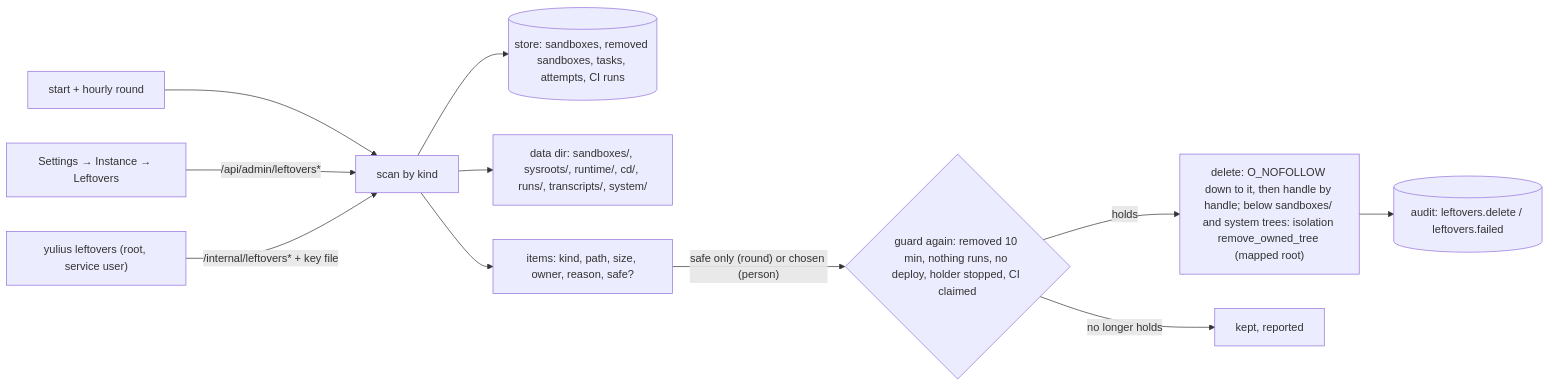
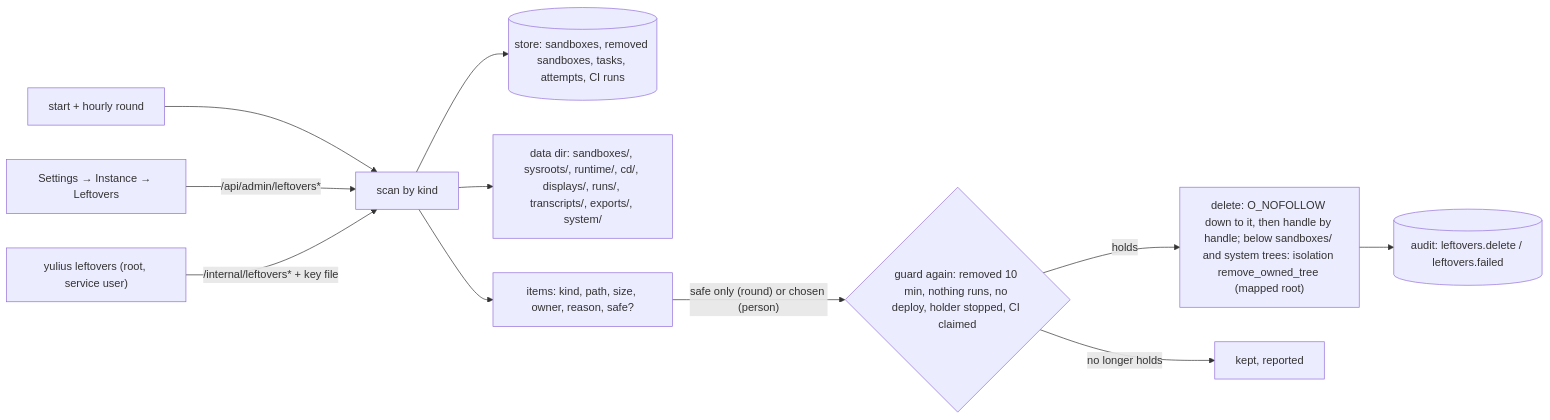
Diagram 12 of 54 in docs/architecture.md (Quartio-Studio/yulius), drawn with Mermaid before and after one commit. The commit also changed other lines of this file and 12 other files, not shown here.

````diff
--- a/docs/architecture.md
+++ b/docs/architecture.md
@@ -383,13 +382,13 @@
 ```mermaid
 flowchart LR
   T["start + hourly round"] --> SC["scan by kind"]
   UI["Settings → Instance → Leftovers"] -->|"/api/admin/leftovers*"| SC
   CLI["yulius leftovers (root, service user)"] -->|"/internal/leftovers* + key file"| SC
   SC --> ST[("store: sandboxes, removed sandboxes, tasks, attempts, CI runs")]
-  SC --> FS["data dir: sandboxes/, sysroots/, runtime/, cd/, runs/, transcripts/, system/"]
+  SC --> FS["data dir: sandboxes/, sysroots/, runtime/, cd/, displays/, runs/, transcripts/, exports/, system/"]
   SC --> L["items: kind, path, size, owner, reason, safe?"]
   L -->|"safe only (round) or chosen (person)"| G{"guard again: removed 10 min, nothing runs, no deploy, holder stopped, CI claimed"}
   G -->|"holds"| D["delete: O_NOFOLLOW down to it, then handle by handle; below sandboxes/ and system trees: isolation remove_owned_tree (mapped root)"]
   G -->|"no longer holds"| K["kept, reported"]
   D --> A[("audit: leftovers.delete / leftovers.failed")]
 ```
````
